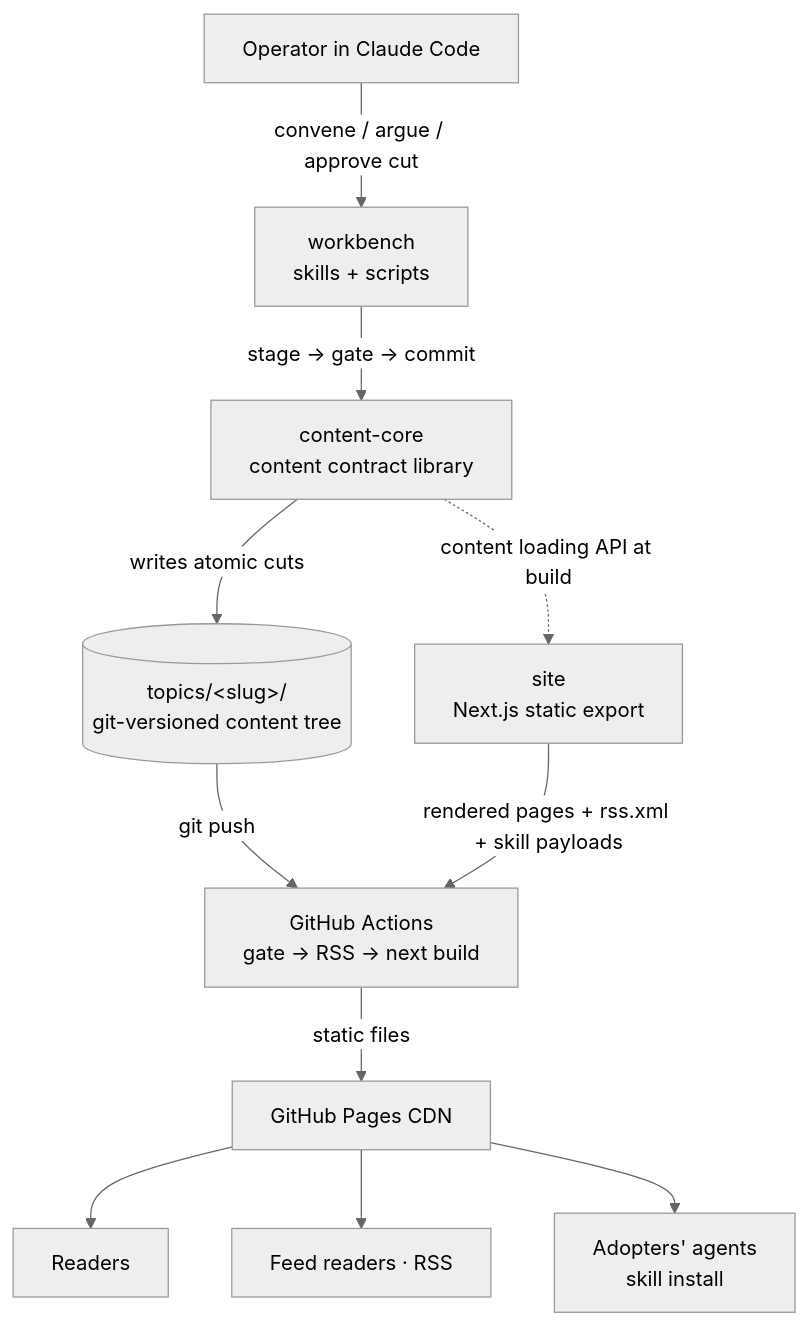
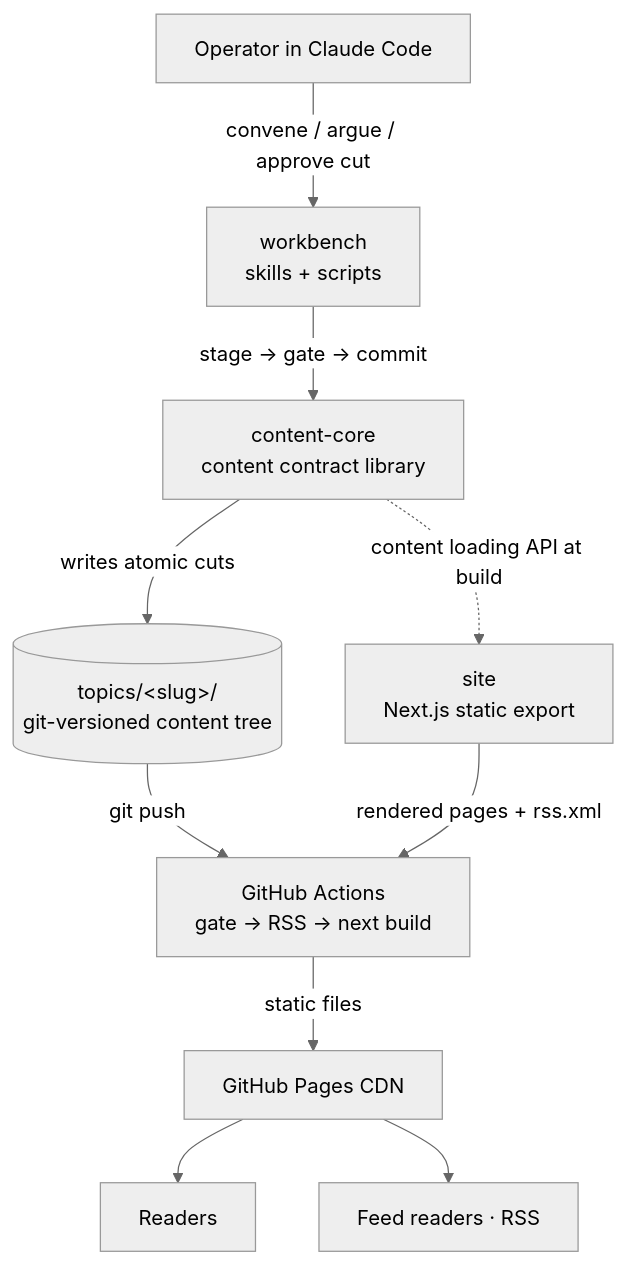
The first of 3 diagrams in docs/architecture/index.md (ryannel/staycurrent), drawn with Mermaid (neutral theme) before and after one commit. The commit also changed other lines of this file and 503 other files, not shown here.

````diff
--- a/docs/architecture/index.md
+++ b/docs/architecture/index.md
@@ -28,13 +27,12 @@
 ```mermaid
 graph TD
     operator[Operator in Claude Code] -->|convene / argue / approve cut| workbench[workbench<br/>skills + scripts]
     workbench -->|stage → gate → commit| core[content-core<br/>content contract library]
     core -->|writes atomic cuts| topics[("topics/&lt;slug&gt;/<br/>git-versioned content tree")]
     topics -->|git push| ci[GitHub Actions<br/>gate → RSS → next build]
     ci -->|static files| pages[GitHub Pages CDN]
     core -.->|content loading API at build| site[site<br/>Next.js static export]
-    site -->|rendered pages + rss.xml + skill payloads| ci
+    site -->|rendered pages + rss.xml| ci
     pages --> reader[Readers]
     pages --> feed[Feed readers · RSS]
-    pages --> agents[Adopters' agents<br/>skill install]
 ```
````
